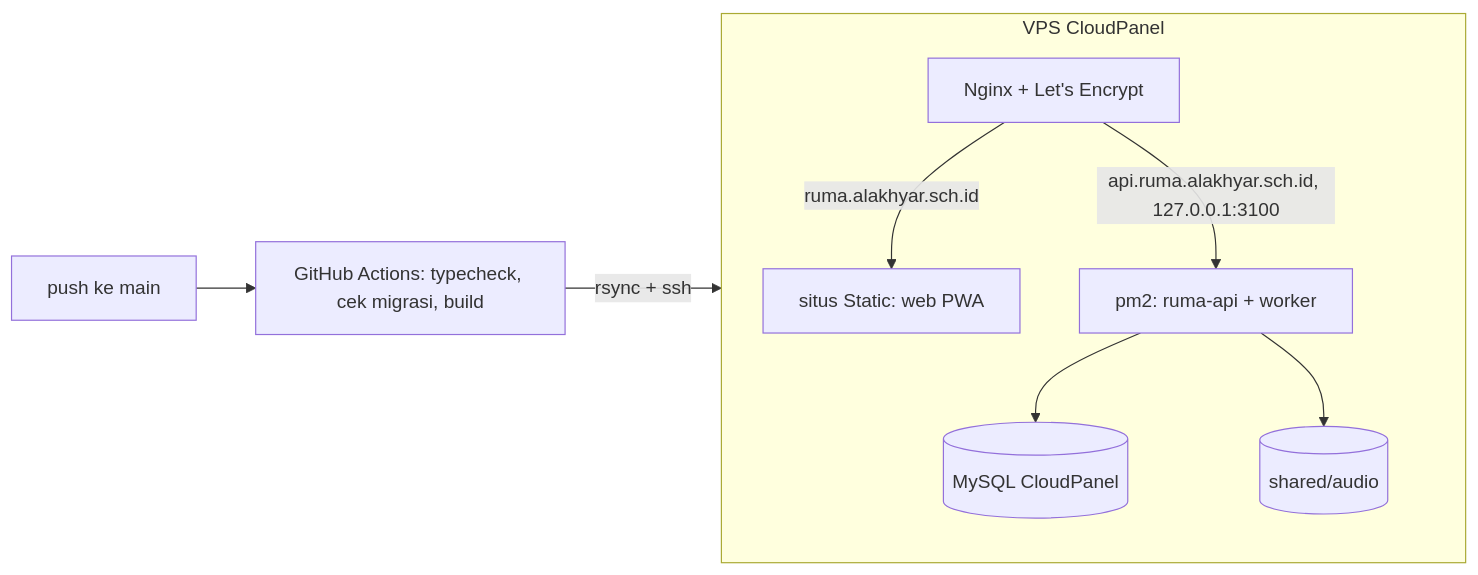
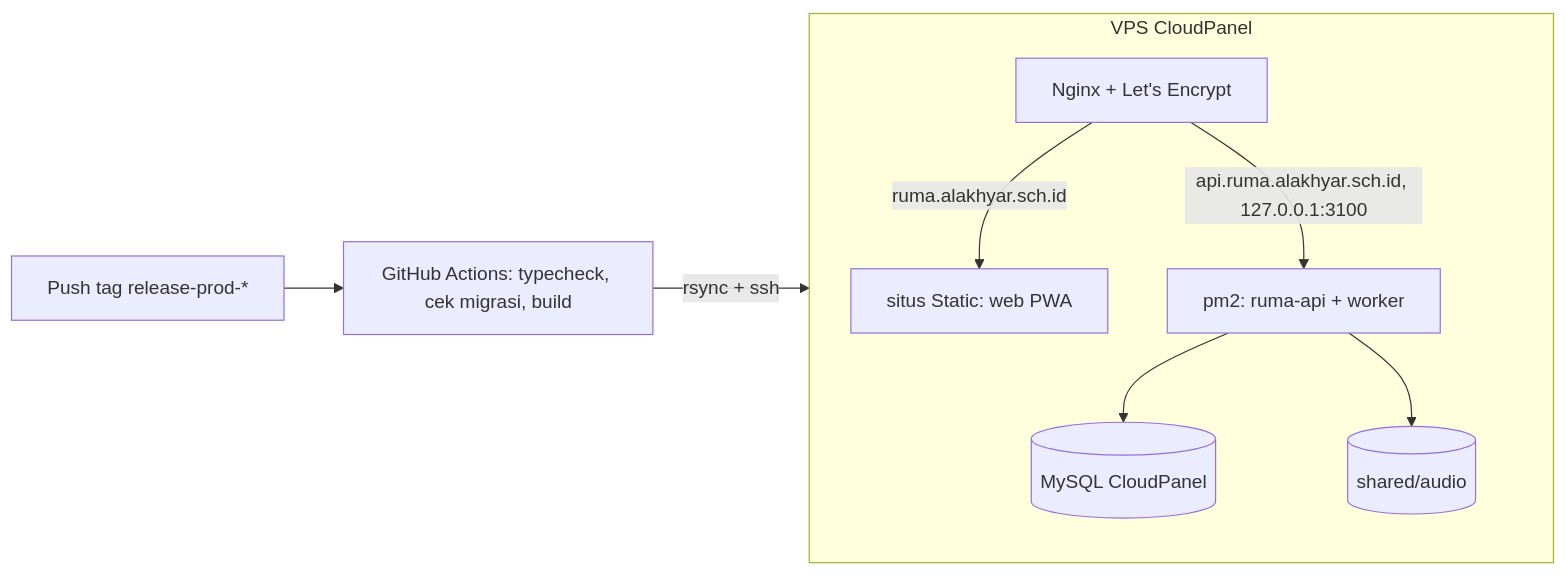
One commit to Al-Akhyar-Islamic-School/ruma changed the diagram in docs/deploy-cloudpanel.md. Above: the diagram before and after it, drawn with Mermaid. The commit also changed other lines of this file and 3 other files, not shown here.

Commit message:
ci(deploy): ubah pemicu deploy hanya jika ada tag release-prod-* dan perbarui panduan deploy

````diff
--- a/docs/deploy-cloudpanel.md
+++ b/docs/deploy-cloudpanel.md
@@ -5,11 +5,11 @@
 ```mermaid
 flowchart LR
-  G[push ke main] --> A[GitHub Actions: typecheck, cek migrasi, build]
+  G[Push tag release-prod-*] --> A[GitHub Actions: typecheck, cek migrasi, build]
   A -->|rsync + ssh| V
   subgraph V[VPS CloudPanel]
     N[Nginx + Let's Encrypt] -->|ruma.alakhyar.sch.id| W[situs Static: web PWA]
     N -->|api.ruma.alakhyar.sch.id, 127.0.0.1:3100| P[pm2: ruma-api + worker]
     P --> D[(MySQL CloudPanel)]
     P --> F[(shared/audio)]
   end
 ```
````
